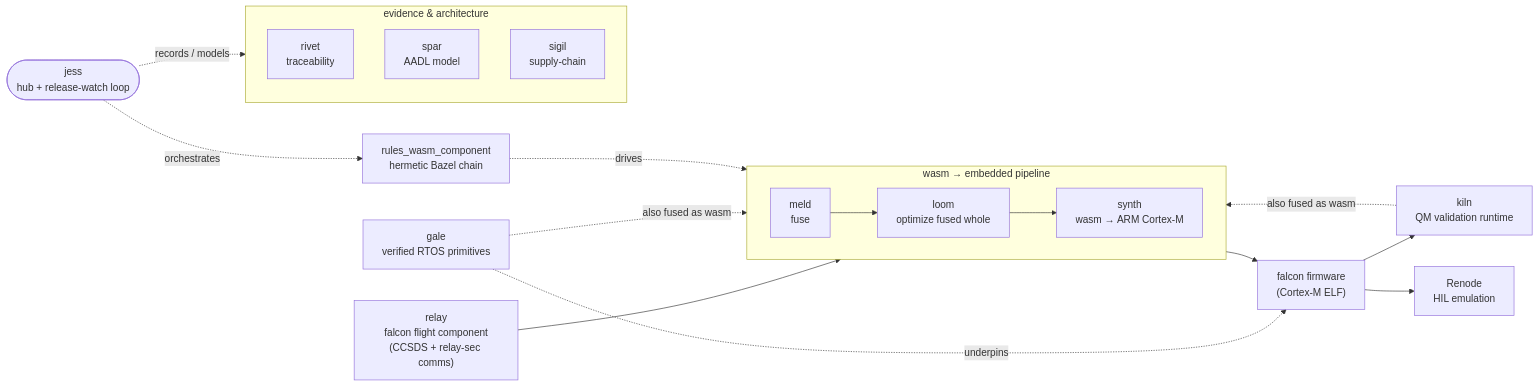
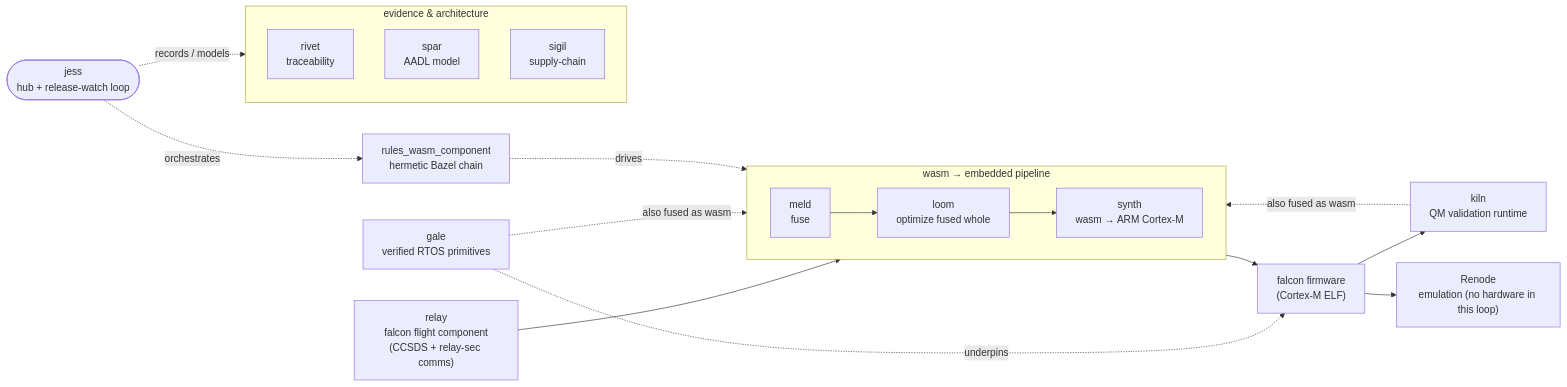
One commit to pulseengine/jess changed the first of 2 diagrams in README.md. Above: the diagram before and after it, drawn with Mermaid. The commit also changed 7 other files, not shown here.

````diff
--- a/README.md
+++ b/README.md
@@ -22,32 +22,32 @@
 ```mermaid
 flowchart LR
   relay["relay<br/>falcon flight component<br/>(CCSDS + relay-sec comms)"]
 
   subgraph pipe["wasm → embedded pipeline"]
     direction LR
     meld["meld<br/>fuse"] --> loom["loom<br/>optimize fused whole"] --> synth["synth<br/>wasm → ARM Cortex-M"]
   end
 
   fw["falcon firmware<br/>(Cortex-M ELF)"]
   gale["gale<br/>verified RTOS primitives"]
   kiln["kiln<br/>QM validation runtime"]
-  renode["Renode<br/>HIL emulation"]
+  renode["Renode<br/>emulation (no hardware in this loop)"]
   rwc["rules_wasm_component<br/>hermetic Bazel chain"]
 
   subgraph gov["evidence & architecture"]
     rivet["rivet<br/>traceability"]
     spar["spar<br/>AADL model"]
     sigil["sigil<br/>supply-chain"]
   end
 
   relay --> meld
   gale -.->|"also fused as wasm"| meld
   kiln -.->|"also fused as wasm"| meld
   synth --> fw
   gale -.->|underpins| fw
   fw --> kiln
   fw --> renode
   rwc -.->|drives| pipe
   jess(["jess<br/>hub + release-watch loop"]) -.->|orchestrates| rwc
   jess -.->|"records / models"| gov
 ```
````
